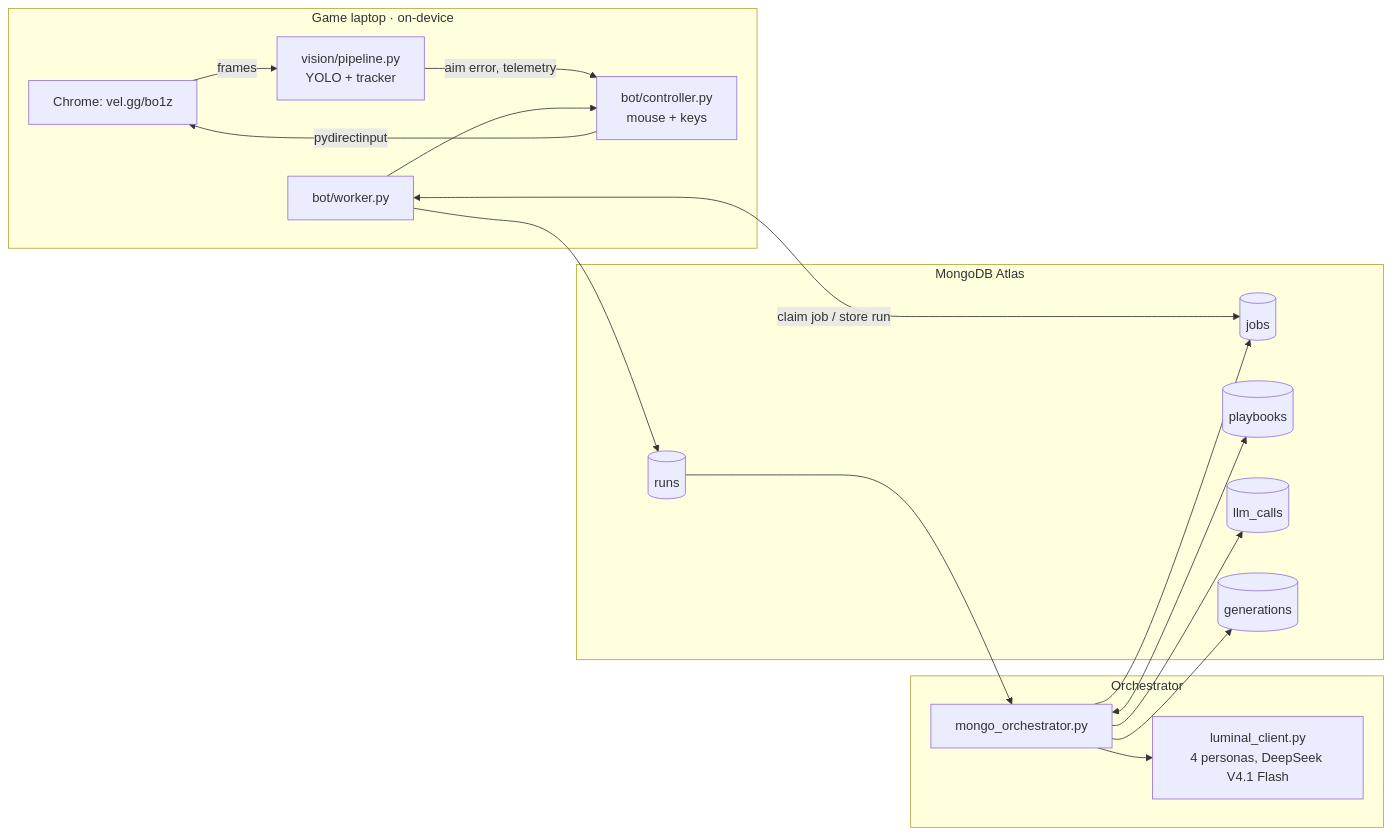
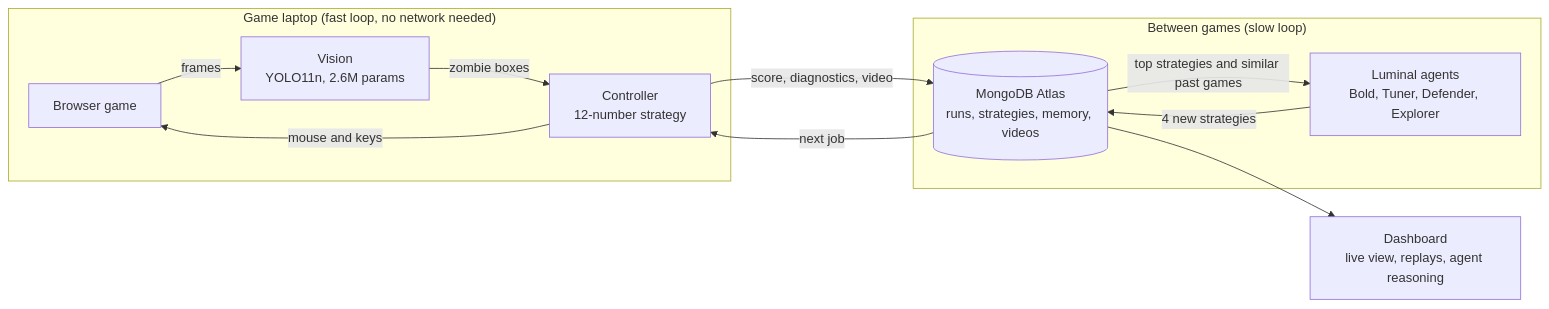
Before and after one commit to Dee-1862/Gulag-Loop: the first of 2 diagrams in README.md, drawn with Mermaid. The commit also changed other lines of this file and 2 other files, not shown here.

Commit message:
Rewrite README with data flow, memory, on-device section and overfitting evidence charts

````diff
--- a/README.md
+++ b/README.md
@@ -20,26 +35,19 @@
 ```mermaid
 flowchart LR
-  subgraph LAPTOP["Game laptop · on-device"]
-    GAME["Chrome: vel.gg/bo1z"] -->|frames| VIS["vision/pipeline.py<br/>YOLO + tracker"]
-    VIS -->|aim error, telemetry| CTRL["bot/controller.py<br/>mouse + keys"]
-    CTRL -->|pydirectinput| GAME
-    WORK["bot/worker.py"] --> CTRL
+  subgraph DEVICE["Game laptop (fast loop, no network needed)"]
+    GAME["Browser game"] -->|frames| EYES["Vision<br/>YOLO11n, 2.6M params"]
+    EYES -->|zombie boxes| BRAIN["Controller<br/>12-number strategy"]
+    BRAIN -->|mouse and keys| GAME
   end
-  subgraph ATLAS["MongoDB Atlas"]
-    JOBS[(jobs)]
-    RUNS[(runs)]
-    PB[(playbooks)]
-    LLM[(llm_calls)]
-    GEN[(generations)]
+
+  subgraph CLOUD["Between games (slow loop)"]
+    LUM["Luminal agents<br/>Bold, Tuner, Defender, Explorer"]
+    MDB[("MongoDB Atlas<br/>runs, strategies, memory, videos")]
   end
-  subgraph ORCH["Orchestrator"]
-    MO["mongo_orchestrator.py"] --> LUM["luminal_client.py<br/>4 personas, DeepSeek V4.1 Flash"]
-  end
-  WORK <-->|claim job / store run| JOBS
-  WORK --> RUNS
-  MO <--> PB
-  MO --> JOBS
-  MO --> LLM
-  MO --> GEN
-  RUNS --> MO
+
+  BRAIN -->|score, diagnostics, video| MDB
+  MDB -->|top strategies and similar past games| LUM
+  LUM -->|4 new strategies| MDB
+  MDB -->|next job| BRAIN
+  MDB --> DASH["Dashboard<br/>live view, replays, agent reasoning"]
 ```
````
